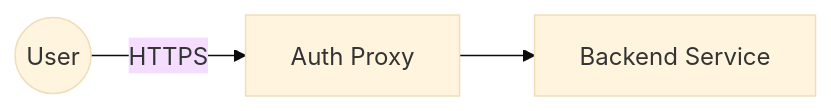
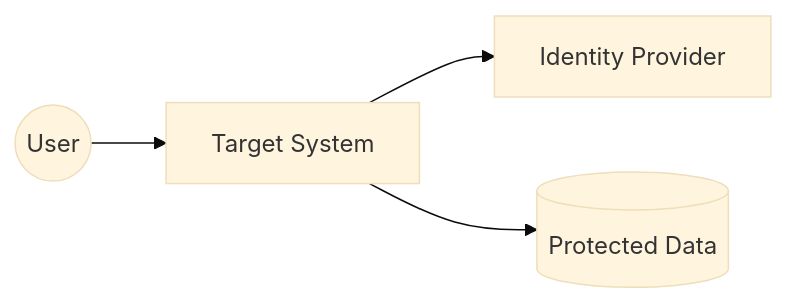
Before and after one commit to aufstandeq/AI-Document-Strategy: the diagram in architecture/views/security-view.md, drawn with Mermaid (base theme). The commit also changed other lines of this file, not shown here.

````diff
--- a/architecture/views/security-view.md
+++ b/architecture/views/security-view.md
@@ -48,5 +81,6 @@
 ```mermaid
 flowchart LR
- User((User)) -->|HTTPS| Auth[Auth Proxy]
- Auth --> Service[Backend Service]
+    user((User)) --> system[Target System]
+    system --> identity[Identity Provider]
+    system --> data[(Protected Data)]
 ```
````
